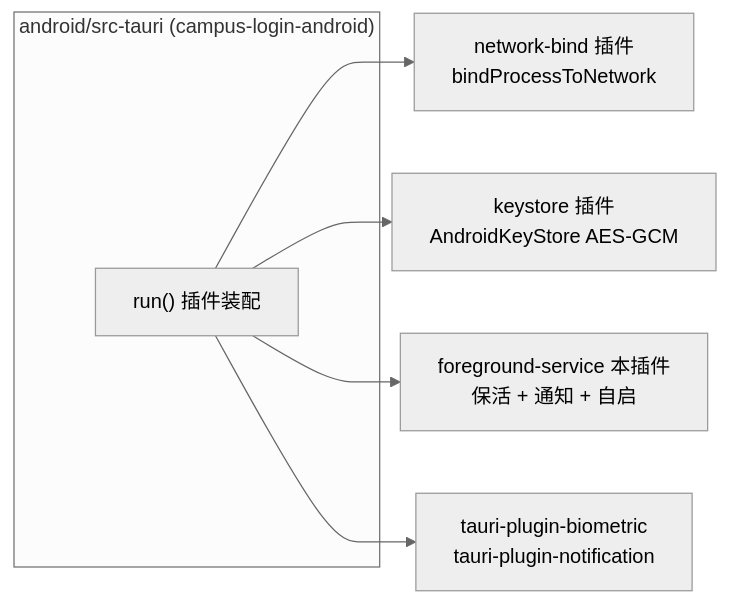
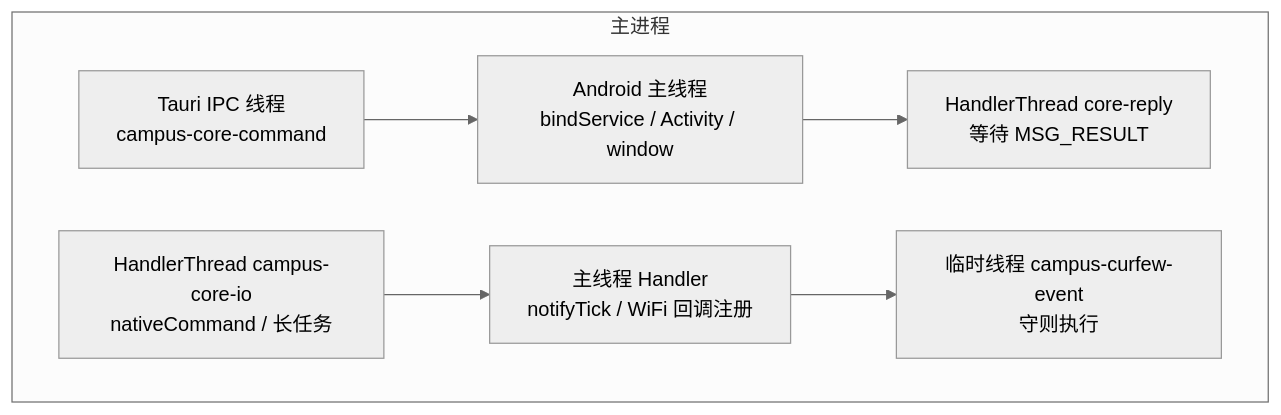
Before and after one commit to ikliml666/Wxxy-CampusLogin: the fourth of 6 diagrams in .codewiki/modules/android-plugins-foreground-service.md, drawn with Mermaid (neutral theme). The commit also changed other lines of this file and 20 other files, not shown here.

````diff
--- a/.codewiki/modules/android-plugins-foreground-service.md
+++ b/.codewiki/modules/android-plugins-foreground-service.md
@@ -162,15 +244,15 @@
 ```mermaid
-flowchart LR
-    subgraph 安卓src-tauri启动["android/src-tauri (campus-login-android)"]
-        RUN["run() 插件装配"]
+flowchart TB
+    subgraph MAIN["主进程"]
+        MAINTH["Android 主线程<br/>bindService / Activity / window"]
+        IPC["Tauri IPC 线程<br/>campus-core-command"]
+        REPLY["HandlerThread core-reply<br/>等待 MSG_RESULT"]
+        IOTH["HandlerThread campus-core-io<br/>nativeCommand / 长任务"]
+        LOOPER["主线程 Handler<br/>notifyTick / WiFi 回调注册"]
+        EVENTTH["临时线程 campus-curfew-event<br/>守则执行"]
     end
-    NB["network-bind 插件<br/>bindProcessToNetwork"]
-    KS["keystore 插件<br/>AndroidKeyStore AES-GCM"]
-    FGS["foreground-service 本插件<br/>保活 + 通知 + 自启"]
-    BI["tauri-plugin-biometric<br/>tauri-plugin-notification"]
-
-    RUN --> NB
-    RUN --> KS
-    RUN --> FGS
-    RUN --> BI
+    IPC --> MAINTH
+    MAINTH --> REPLY
+    IOTH --> LOOPER
+    LOOPER --> EVENTTH
 ```
````
